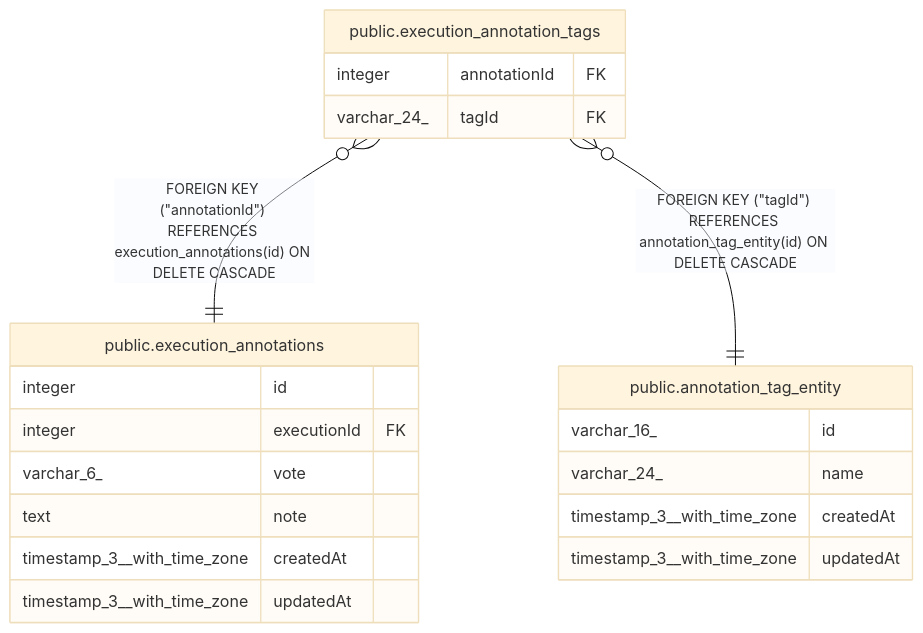
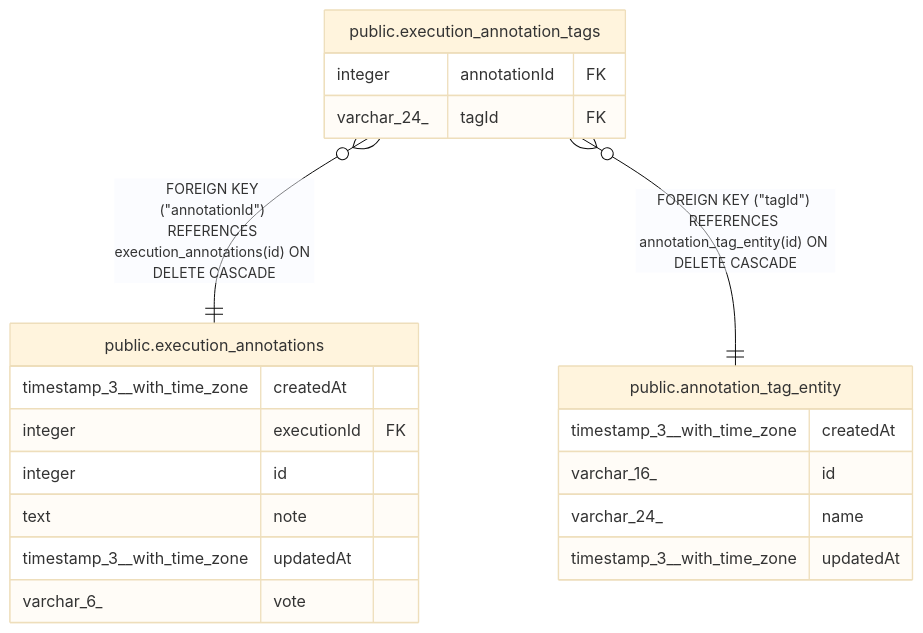
The diagram in docs/generated/postgres-schema/public.execution_annotation_tags.md (mayankjain1815-commits/n8n), drawn with Mermaid (base theme) before and after one commit. The commit also changed other lines of this file and 221 other files, not shown here.

Commit message:
chore(core): Make DB schema docs generation deterministic (#32373)

````diff
--- a/docs/generated/postgres-schema/public.execution_annotation_tags.md
+++ b/docs/generated/postgres-schema/public.execution_annotation_tags.md
@@ -30,25 +30,25 @@
 ```mermaid
 erDiagram
 
 "public.execution_annotation_tags" }o--|| "public.execution_annotations" : "FOREIGN KEY (#quot;annotationId#quot;) REFERENCES execution_annotations(id) ON DELETE CASCADE"
 "public.execution_annotation_tags" }o--|| "public.annotation_tag_entity" : "FOREIGN KEY (#quot;tagId#quot;) REFERENCES annotation_tag_entity(id) ON DELETE CASCADE"
 
 "public.execution_annotation_tags" {
   integer annotationId FK
   varchar_24_ tagId FK
 }
 "public.execution_annotations" {
+  timestamp_3__with_time_zone createdAt
+  integer executionId FK
   integer id
-  integer executionId FK
+  text note
+  timestamp_3__with_time_zone updatedAt
   varchar_6_ vote
-  text note
-  timestamp_3__with_time_zone createdAt
-  timestamp_3__with_time_zone updatedAt
 }
 "public.annotation_tag_entity" {
+  timestamp_3__with_time_zone createdAt
   varchar_16_ id
   varchar_24_ name
-  timestamp_3__with_time_zone createdAt
   timestamp_3__with_time_zone updatedAt
 }
 ```
````
